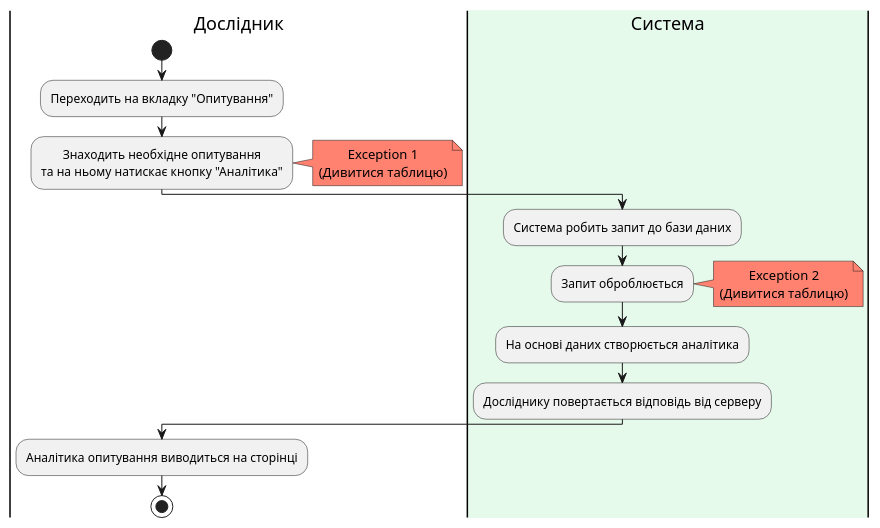
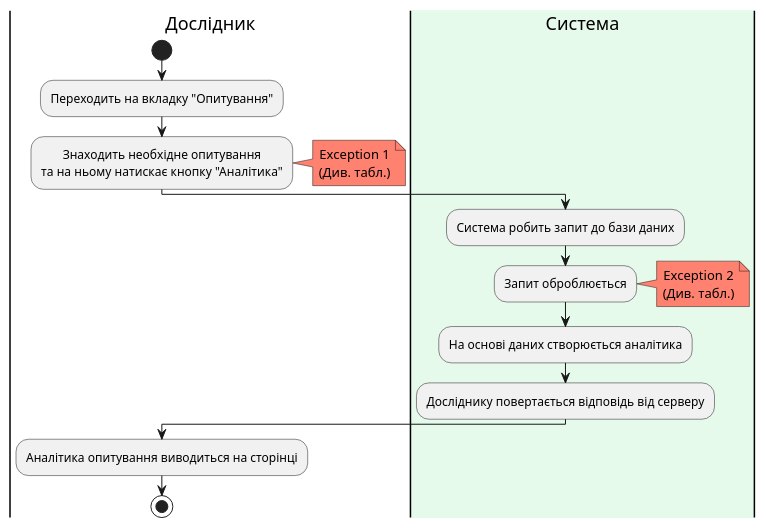
Before and after one commit to generalmaks/db_labs: the first of 2 diagrams in docs/use_cases.md, drawn with PlantUML. The commit also changed other lines of this file, not shown here.

Commit message:
Update activity diagram of GetSurveyAnalytics

````diff
--- a/docs/use_cases.md
+++ b/docs/use_cases.md
@@ -13,26 +13,26 @@
 ```plantuml
 @startuml
 |Дослідник|
 start
 skinparam defaultTextAlignment center
 :Переходить на вкладку "Опитування";
 :Знаходить необхідне опитування 
 та на ньому натискає кнопку "Аналітика";
 note right #ff8170
 Exception 1
-(Дивитися таблицю)
+(Див. табл.)
 end note
 |#e6faec|Система|
 :Система робить запит до бази даних;
 :Запит оброблюється;
 note right #ff8170
 Exception 2
-(Дивитися таблицю)
+(Див. табл.)
 end note
 :На основі даних створюється аналітика;
 :Досліднику повертається відповідь від серверу;
 |Дослідник|
 :Аналітика опитування виводиться на сторінці;
 stop
 @enduml
 ```
````
